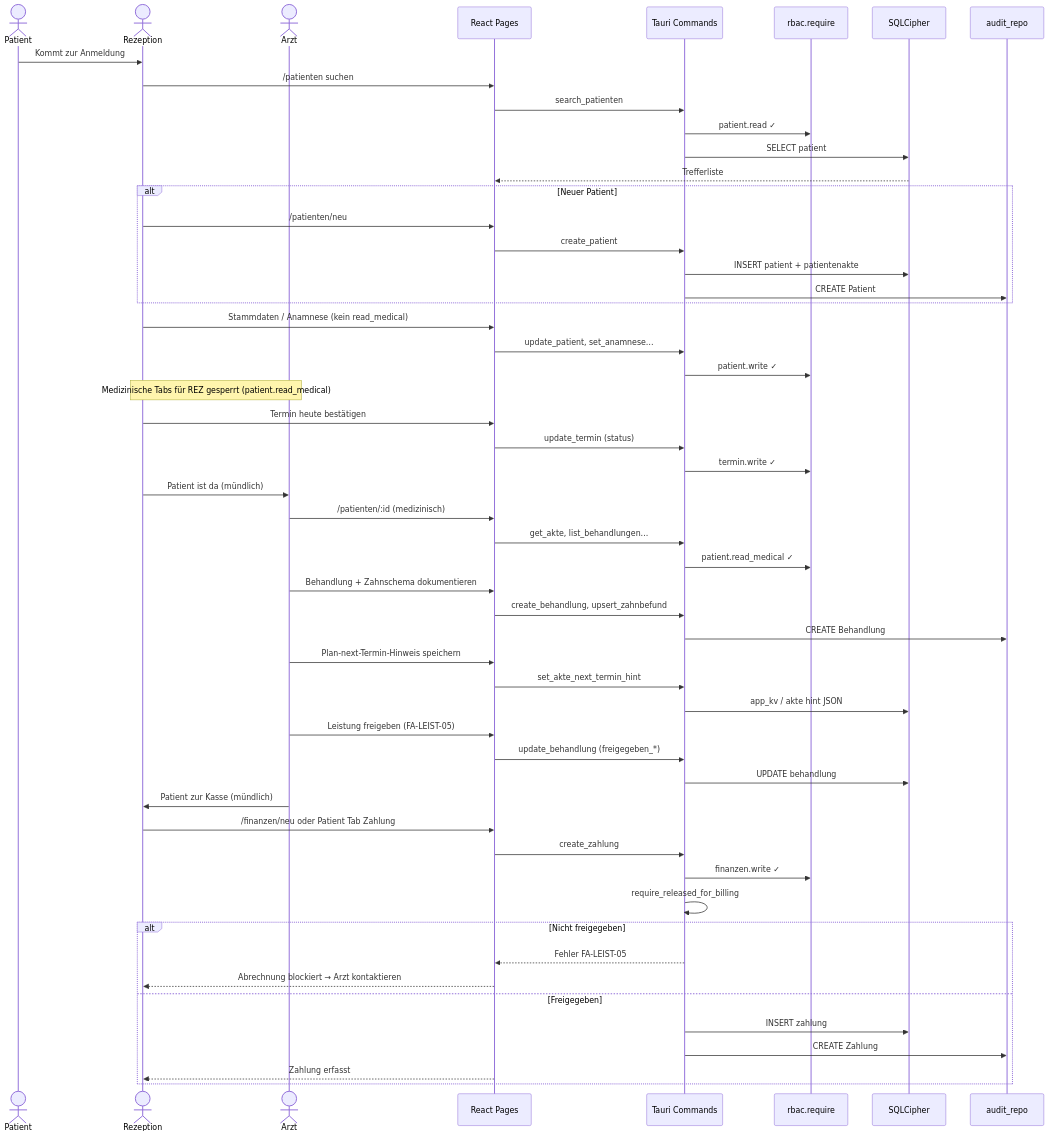
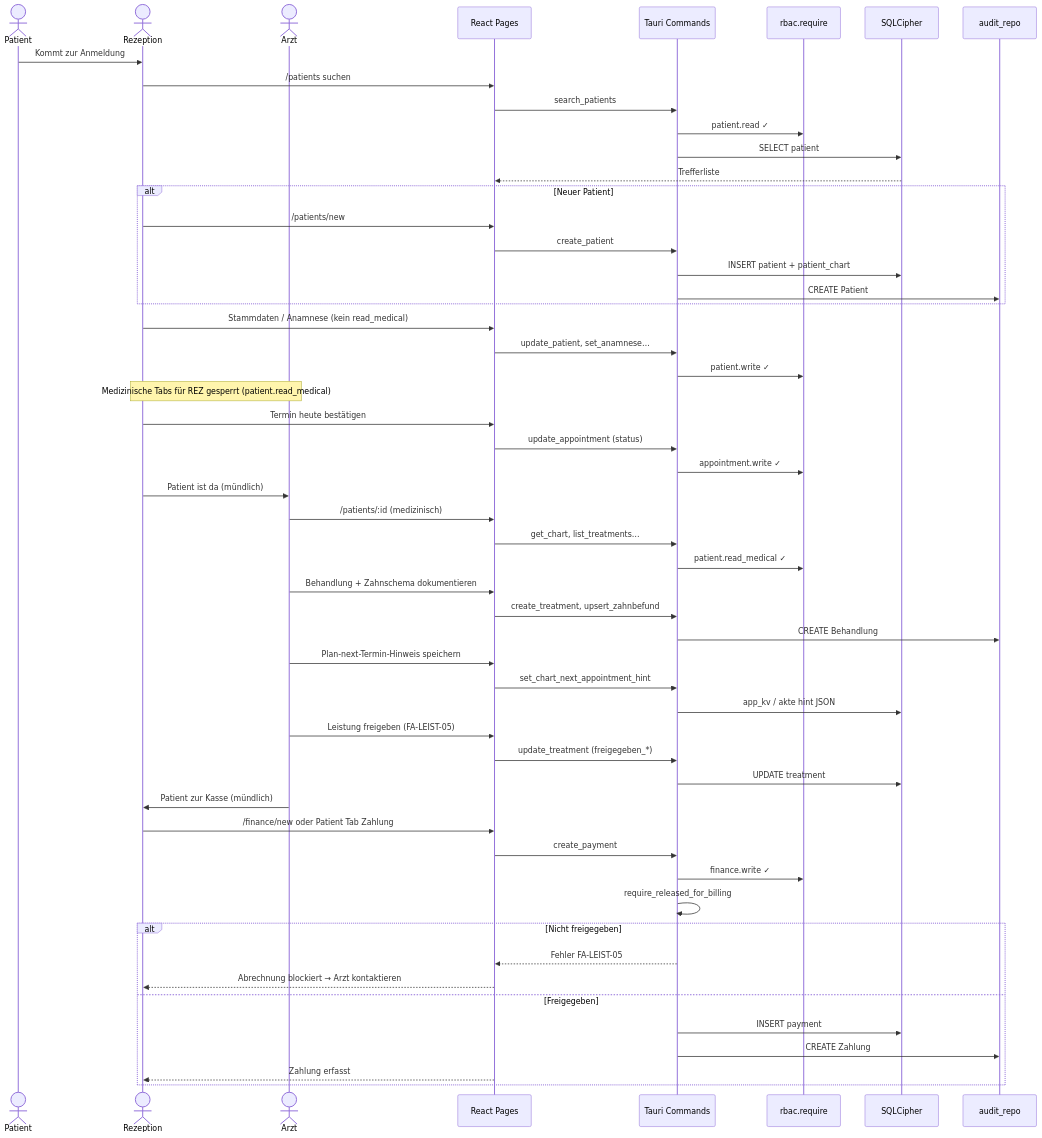
The second of 5 diagrams in docs/uml/08-arzt-rezeption-kollaboration.md (Achrafbennanizia/Medoc), drawn with Mermaid before and after one commit. The commit also changed other lines of this file and 1081 other files, not shown here.

````diff
--- a/docs/uml/08-arzt-rezeption-kollaboration.md
+++ b/docs/uml/08-arzt-rezeption-kollaboration.md
@@ -104,64 +104,64 @@
 ```mermaid
 sequenceDiagram
     actor PAT as Patient
     actor REZ as Rezeption
-    actor ARZT as Arzt
+    actor PHYSICIAN as Arzt
     participant UI as React Pages
     participant IPC as Tauri Commands
     participant RBAC as rbac.require
     participant DB as SQLCipher
     participant AUD as audit_repo
 
     PAT->>REZ: Kommt zur Anmeldung
-    REZ->>UI: /patienten suchen
-    UI->>IPC: search_patienten
+    REZ->>UI: /patients suchen
+    UI->>IPC: search_patients
     IPC->>RBAC: patient.read ✓
     IPC->>DB: SELECT patient
     DB-->>UI: Trefferliste
 
     alt Neuer Patient
-        REZ->>UI: /patienten/neu
+        REZ->>UI: /patients/new
         UI->>IPC: create_patient
-        IPC->>DB: INSERT patient + patientenakte
+        IPC->>DB: INSERT patient + patient_chart
         IPC->>AUD: CREATE Patient
     end
 
     REZ->>UI: Stammdaten / Anamnese (kein read_medical)
     UI->>IPC: update_patient, set_anamnese…
     IPC->>RBAC: patient.write ✓
-    Note over REZ,ARZT: Medizinische Tabs für REZ gesperrt (patient.read_medical)
+    Note over REZ,PHYSICIAN: Medizinische Tabs für REZ gesperrt (patient.read_medical)
 
     REZ->>UI: Termin heute bestätigen
-    UI->>IPC: update_termin (status)
-    IPC->>RBAC: termin.write ✓
+    UI->>IPC: update_appointment (status)
+    IPC->>RBAC: appointment.write ✓
 
-    REZ->>ARZT: Patient ist da (mündlich)
-    ARZT->>UI: /patienten/:id (medizinisch)
-    UI->>IPC: get_akte, list_behandlungen…
+    REZ->>PHYSICIAN: Patient ist da (mündlich)
+    PHYSICIAN->>UI: /patients/:id (medizinisch)
+    UI->>IPC: get_chart, list_treatments…
     IPC->>RBAC: patient.read_medical ✓
-    ARZT->>UI: Behandlung + Zahnschema dokumentieren
-    UI->>IPC: create_behandlung, upsert_zahnbefund
+    PHYSICIAN->>UI: Behandlung + Zahnschema dokumentieren
+    UI->>IPC: create_treatment, upsert_zahnbefund
     IPC->>AUD: CREATE Behandlung
 
-    ARZT->>UI: Plan-next-Termin-Hinweis speichern
-    UI->>IPC: set_akte_next_termin_hint
+    PHYSICIAN->>UI: Plan-next-Termin-Hinweis speichern
+    UI->>IPC: set_chart_next_appointment_hint
     IPC->>DB: app_kv / akte hint JSON
 
-    ARZT->>UI: Leistung freigeben (FA-LEIST-05)
-    UI->>IPC: update_behandlung (freigegeben_*)
-    IPC->>DB: UPDATE behandlung
+    PHYSICIAN->>UI: Leistung freigeben (FA-LEIST-05)
+    UI->>IPC: update_treatment (freigegeben_*)
+    IPC->>DB: UPDATE treatment
 
-    ARZT->>REZ: Patient zur Kasse (mündlich)
-    REZ->>UI: /finanzen/neu oder Patient Tab Zahlung
-    UI->>IPC: create_zahlung
-    IPC->>RBAC: finanzen.write ✓
+    PHYSICIAN->>REZ: Patient zur Kasse (mündlich)
+    REZ->>UI: /finance/new oder Patient Tab Zahlung
+    UI->>IPC: create_payment
+    IPC->>RBAC: finance.write ✓
     IPC->>IPC: require_released_for_billing
     alt Nicht freigegeben
         IPC-->>UI: Fehler FA-LEIST-05
         UI-->>REZ: Abrechnung blockiert → Arzt kontaktieren
     else Freigegeben
-        IPC->>DB: INSERT zahlung
+        IPC->>DB: INSERT payment
         IPC->>AUD: CREATE Zahlung
         UI-->>REZ: Zahlung erfasst
     end
 ```
````
